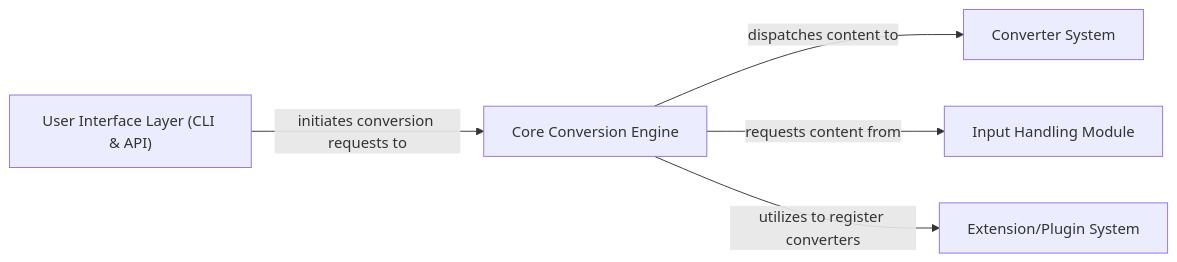
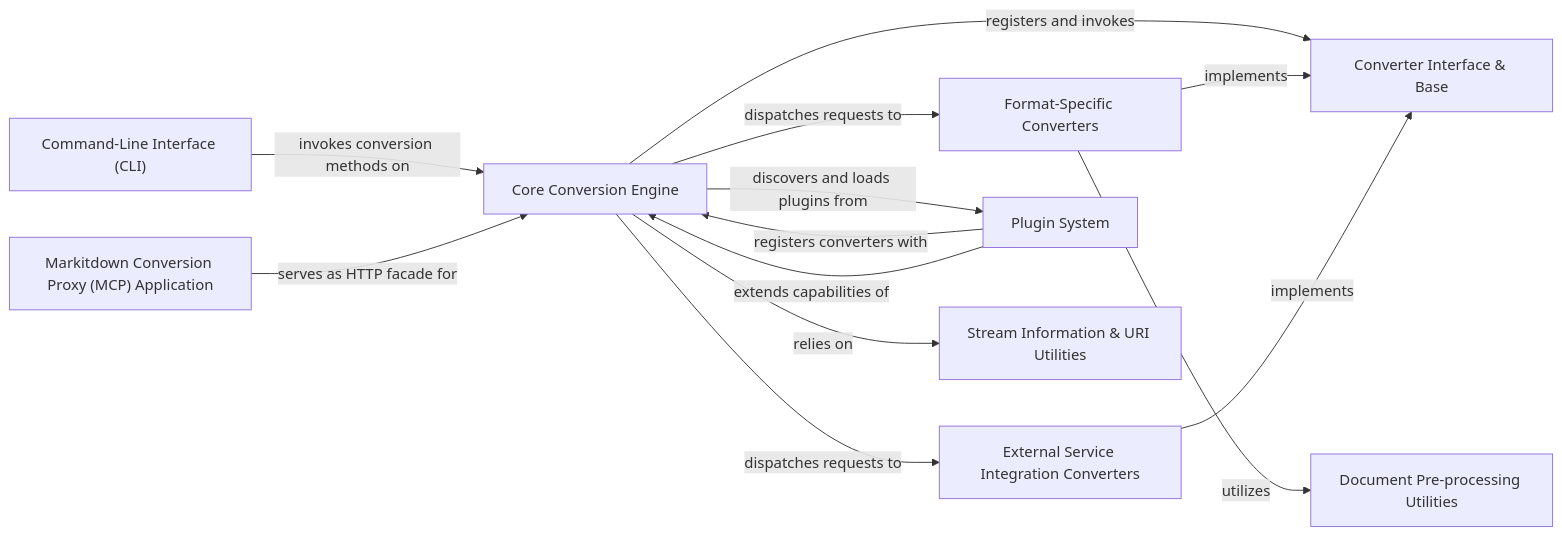
Before and after one commit to CodeBoarding/GeneratedOnBoardings: the diagram in markitdown/on_boarding.md, drawn with Mermaid. The commit also changed other lines of this file and 11 other files, not shown here.

````diff
--- a/markitdown/on_boarding.md
+++ b/markitdown/on_boarding.md
@@ -1,16 +1,31 @@
 ```mermaid
 graph LR
     Core_Conversion_Engine["Core Conversion Engine"]
-    Converter_System["Converter System"]
-    Input_Handling_Module["Input Handling Module"]
-    Extension_Plugin_System["Extension/Plugin System"]
-    User_Interface_Layer_CLI_API_["User Interface Layer (CLI & API)"]
-    Core_Conversion_Engine -- "dispatches content to" --> Converter_System
-    Core_Conversion_Engine -- "requests content from" --> Input_Handling_Module
-    Core_Conversion_Engine -- "utilizes to register converters" --> Extension_Plugin_System
-    User_Interface_Layer_CLI_API_ -- "initiates conversion requests to" --> Core_Conversion_Engine
-    click Converter_System href "https://github.com/CodeBoarding/GeneratedOnBoardings/blob/main/markitdown/Converter_System.md" "Details"
-    click Input_Handling_Module href "https://github.com/CodeBoarding/GeneratedOnBoardings/blob/main/markitdown/Input_Handling_Module.md" "Details"
-    click Extension_Plugin_System href "https://github.com/CodeBoarding/GeneratedOnBoardings/blob/main/markitdown/Extension_Plugin_System.md" "Details"
-    click User_Interface_Layer_CLI_API_ href "https://github.com/CodeBoarding/GeneratedOnBoardings/blob/main/markitdown/User_Interface_Layer_CLI_API_.md" "Details"
+    Converter_Interface_Base["Converter Interface & Base"]
+    Format_Specific_Converters["Format-Specific Converters"]
+    External_Service_Integration_Converters["External Service Integration Converters"]
+    Document_Pre_processing_Utilities["Document Pre-processing Utilities"]
+    Command_Line_Interface_CLI_["Command-Line Interface (CLI)"]
+    Plugin_System["Plugin System"]
+    Markitdown_Conversion_Proxy_MCP_Application["Markitdown Conversion Proxy (MCP) Application"]
+    Stream_Information_URI_Utilities["Stream Information & URI Utilities"]
+    Command_Line_Interface_CLI_ -- "invokes conversion methods on" --> Core_Conversion_Engine
+    Markitdown_Conversion_Proxy_MCP_Application -- "serves as HTTP facade for" --> Core_Conversion_Engine
+    Core_Conversion_Engine -- "registers and invokes" --> Converter_Interface_Base
+    Core_Conversion_Engine -- "dispatches requests to" --> Format_Specific_Converters
+    Core_Conversion_Engine -- "dispatches requests to" --> External_Service_Integration_Converters
+    Core_Conversion_Engine -- "discovers and loads plugins from" --> Plugin_System
+    Format_Specific_Converters -- "utilizes" --> Document_Pre_processing_Utilities
+    Core_Conversion_Engine -- "relies on" --> Stream_Information_URI_Utilities
+    Format_Specific_Converters -- "implements" --> Converter_Interface_Base
+    External_Service_Integration_Converters -- "implements" --> Converter_Interface_Base
+    Plugin_System -- "registers converters with" --> Core_Conversion_Engine
+    Plugin_System -- "extends capabilities of" --> Core_Conversion_Engine
+    click Core_Conversion_Engine href "https://github.com/CodeBoarding/GeneratedOnBoardings/blob/main/markitdown/Core_Conversion_Engine.md" "Details"
+    click Converter_Interface_Base href "https://github.com/CodeBoarding/GeneratedOnBoardings/blob/main/markitdown/Converter_Interface_Base.md" "Details"
+    click Format_Specific_Converters href "https://github.com/CodeBoarding/GeneratedOnBoardings/blob/main/markitdown/Format_Specific_Converters.md" "Details"
+    click External_Service_Integration_Converters href "https://github.com/CodeBoarding/GeneratedOnBoardings/blob/main/markitdown/External_Service_Integration_Converters.md" "Details"
+    click Document_Pre_processing_Utilities href "https://github.com/CodeBoarding/GeneratedOnBoardings/blob/main/markitdown/Document_Pre_processing_Utilities.md" "Details"
+    click Plugin_System href "https://github.com/CodeBoarding/GeneratedOnBoardings/blob/main/markitdown/Plugin_System.md" "Details"
+    click Markitdown_Conversion_Proxy_MCP_Application href "https://github.com/CodeBoarding/GeneratedOnBoardings/blob/main/markitdown/Markitdown_Conversion_Proxy_MCP_Application.md" "Details"
 ```
````
